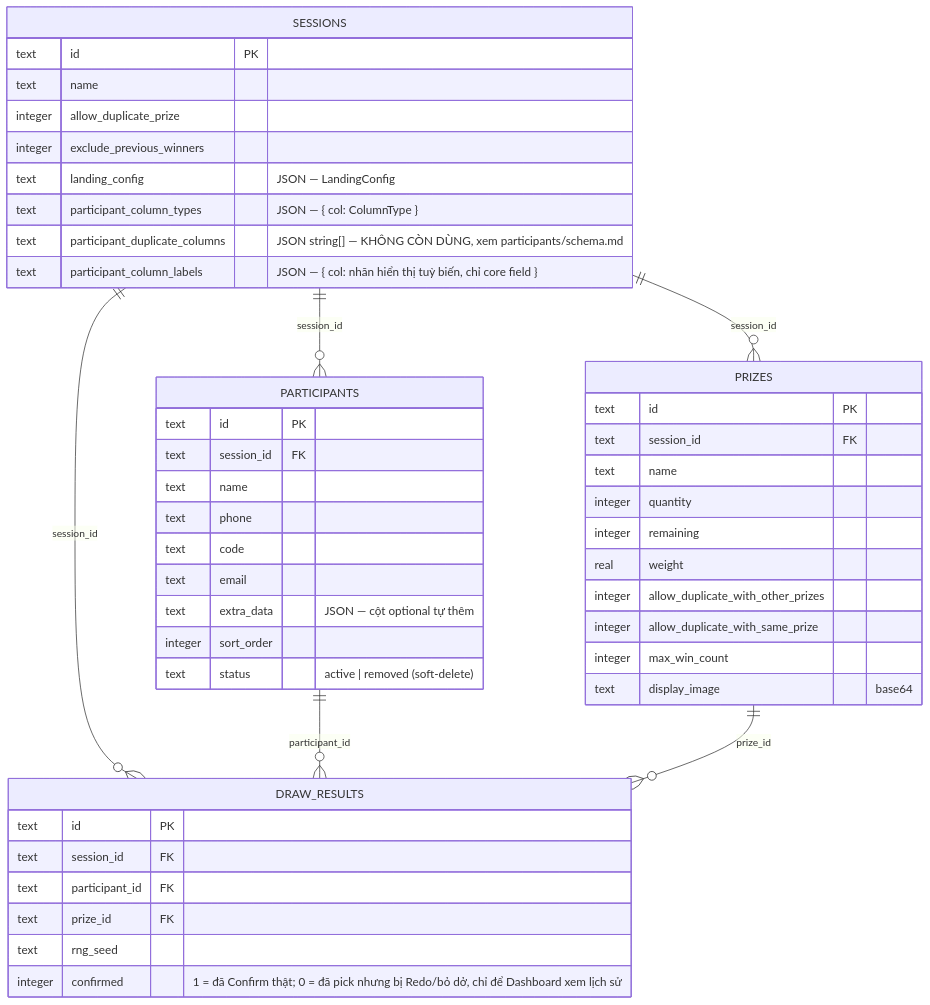
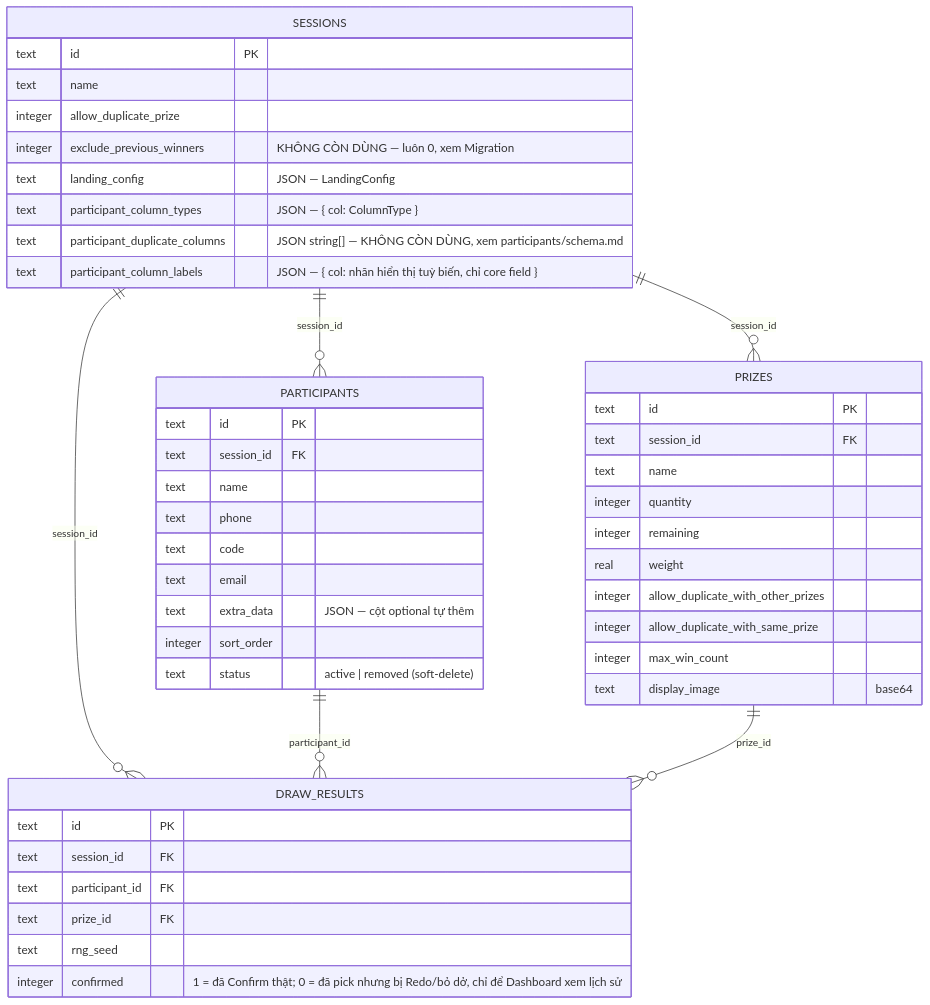
Before and after one commit to nhatquang-nguyen-129/display_lucky_draw: the diagram in docs/architecture/database-schema.md, drawn with Mermaid. The commit also changed other lines of this file and 7 other files, not shown here.

````diff
--- a/docs/architecture/database-schema.md
+++ b/docs/architecture/database-schema.md
@@ -65,50 +65,50 @@
 ```mermaid
 erDiagram
   SESSIONS ||--o{ PARTICIPANTS : session_id
   SESSIONS ||--o{ PRIZES : session_id
   SESSIONS ||--o{ DRAW_RESULTS : session_id
   PARTICIPANTS ||--o{ DRAW_RESULTS : participant_id
   PRIZES ||--o{ DRAW_RESULTS : prize_id
 
   SESSIONS {
     text id PK
     text name
     integer allow_duplicate_prize
-    integer exclude_previous_winners
+    integer exclude_previous_winners "KHÔNG CÒN DÙNG — luôn 0, xem Migration"
     text landing_config "JSON — LandingConfig"
     text participant_column_types "JSON — { col: ColumnType }"
     text participant_duplicate_columns "JSON string[] — KHÔNG CÒN DÙNG, xem participants/schema.md"
     text participant_column_labels "JSON — { col: nhãn hiển thị tuỳ biến, chỉ core field }"
   }
   PARTICIPANTS {
     text id PK
     text session_id FK
     text name
     text phone
     text code
     text email
     text extra_data "JSON — cột optional tự thêm"
     integer sort_order
     text status "active | removed (soft-delete)"
   }
   PRIZES {
     text id PK
     text session_id FK
     text name
     integer quantity
     integer remaining
     real weight
     integer allow_duplicate_with_other_prizes
     integer allow_duplicate_with_same_prize
     integer max_win_count
     text display_image "base64"
   }
   DRAW_RESULTS {
     text id PK
     text session_id FK
     text participant_id FK
     text prize_id FK
     text rng_seed
     integer confirmed "1 = đã Confirm thật; 0 = đã pick nhưng bị Redo/bỏ dở, chỉ để Dashboard xem lịch sử"
   }
 ```
````
